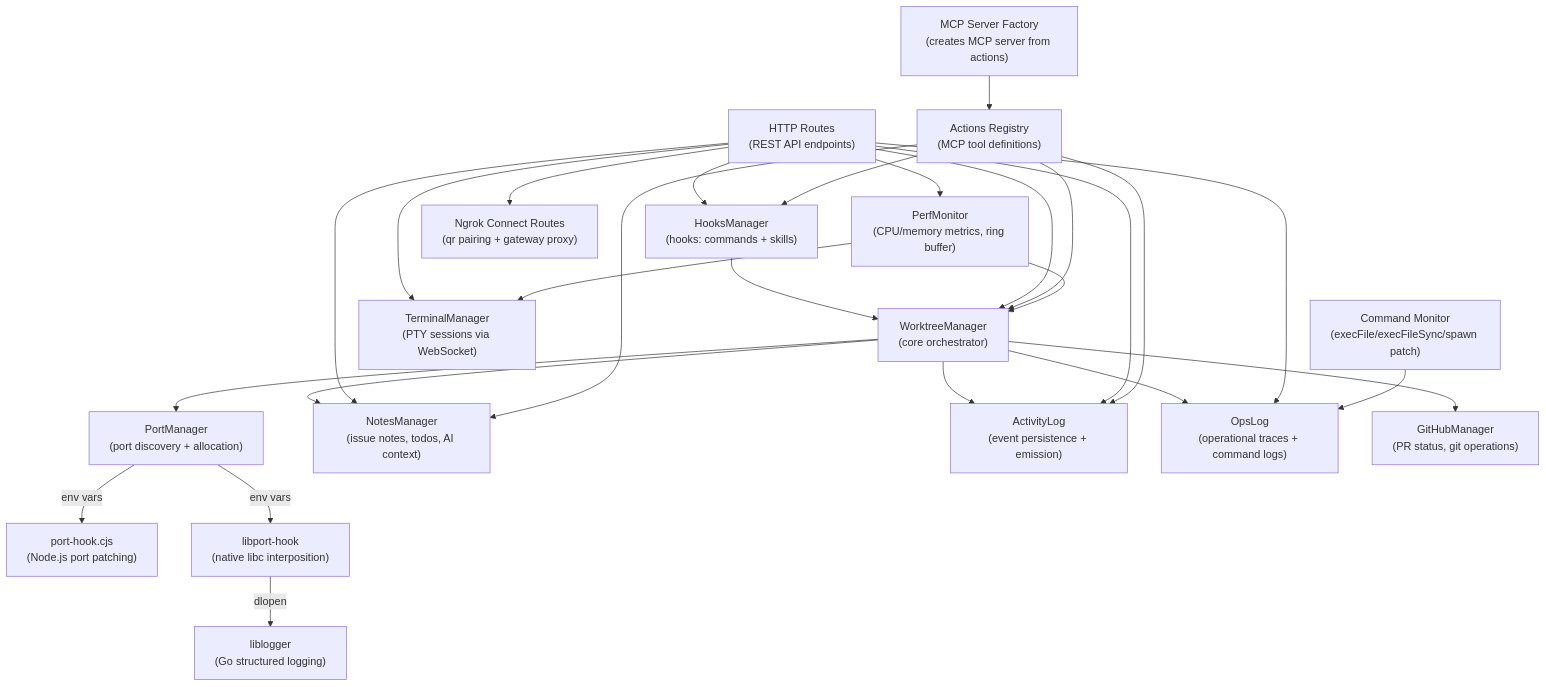
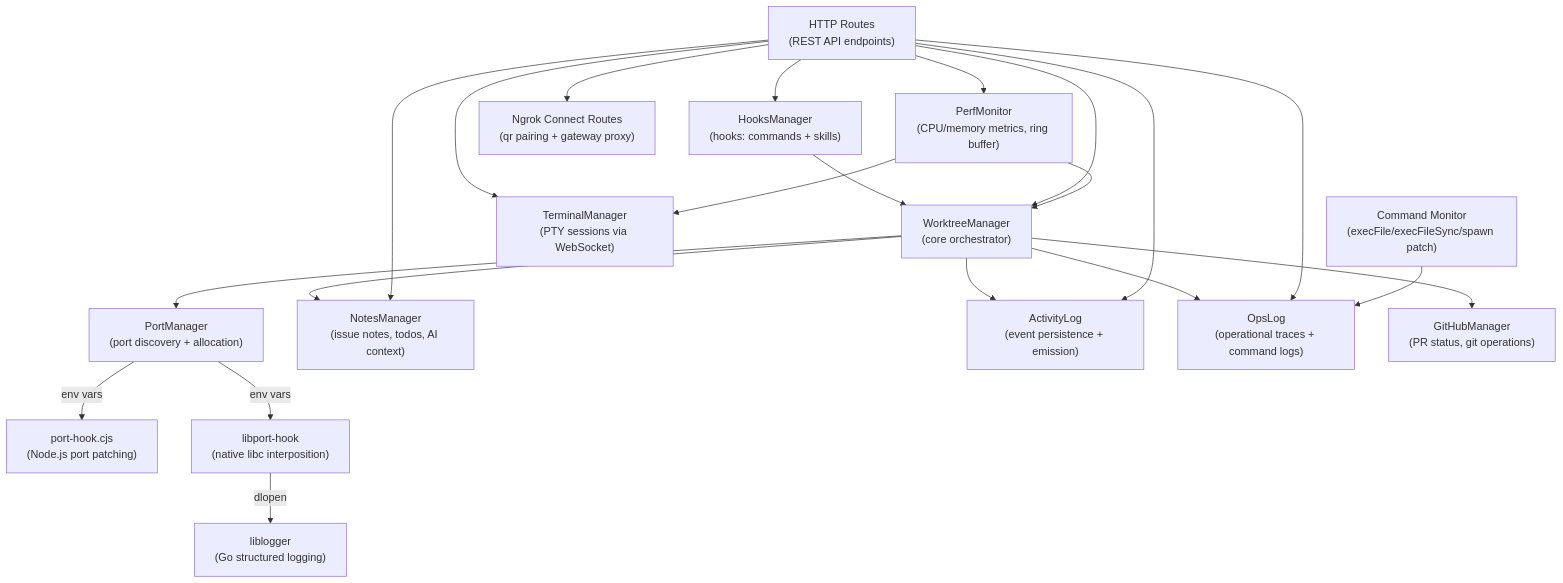
Before and after one commit to fum4/openkit: the second of 3 diagrams in docs/ARCHITECTURE.md, drawn with Mermaid. The commit also changed other lines of this file and 110 other files, not shown here.

First line of the commit message:
chore: clean up build pipeline, remove MCP server, unify logger (#82)

````diff
--- a/docs/ARCHITECTURE.md
+++ b/docs/ARCHITECTURE.md
@@ -36,46 +34,39 @@
 ```mermaid
 flowchart TB
     WM["WorktreeManager\n(core orchestrator)"]
     PM["PortManager\n(port discovery + allocation)"]
     TM["TerminalManager\n(PTY sessions via WebSocket)"]
     NM["NotesManager\n(issue notes, todos, AI context)"]
     AL["ActivityLog\n(event persistence + emission)"]
     OL["OpsLog\n(operational traces + command logs)"]
     CM["Command Monitor\n(execFile/execFileSync/spawn patch)"]
     VM["HooksManager\n(hooks: commands + skills)"]
     PerfMon["PerfMonitor\n(CPU/memory metrics, ring buffer)"]
     NC["Ngrok Connect Routes\n(qr pairing + gateway proxy)"]
     GH["GitHubManager\n(PR status, git operations)"]
     Hook["port-hook.cjs\n(Node.js port patching)"]
     NativeHook["libport-hook\n(native libc interposition)"]
     LoggerLib["liblogger\n(Go structured logging)"]
-    Actions["Actions Registry\n(MCP tool definitions)"]
-    McpFactory["MCP Server Factory\n(creates MCP server from actions)"]
     Routes["HTTP Routes\n(REST API endpoints)"]
 
     WM --> PM
     WM --> NM
     WM --> AL
     WM --> OL
     WM --> GH
     VM --> WM
     Routes --> WM
     Routes --> TM
     Routes --> NM
     Routes --> VM
     Routes --> AL
     Routes --> OL
     Routes --> NC
-    Actions --> WM
-    Actions --> NM
-    Actions --> VM
-    Actions --> AL
     CM --> OL
     PerfMon --> WM
     PerfMon --> TM
     Routes --> PerfMon
-    McpFactory --> Actions
     PM -->|env vars| Hook
     PM -->|env vars| NativeHook
     NativeHook -->|dlopen| LoggerLib
 ```
````
